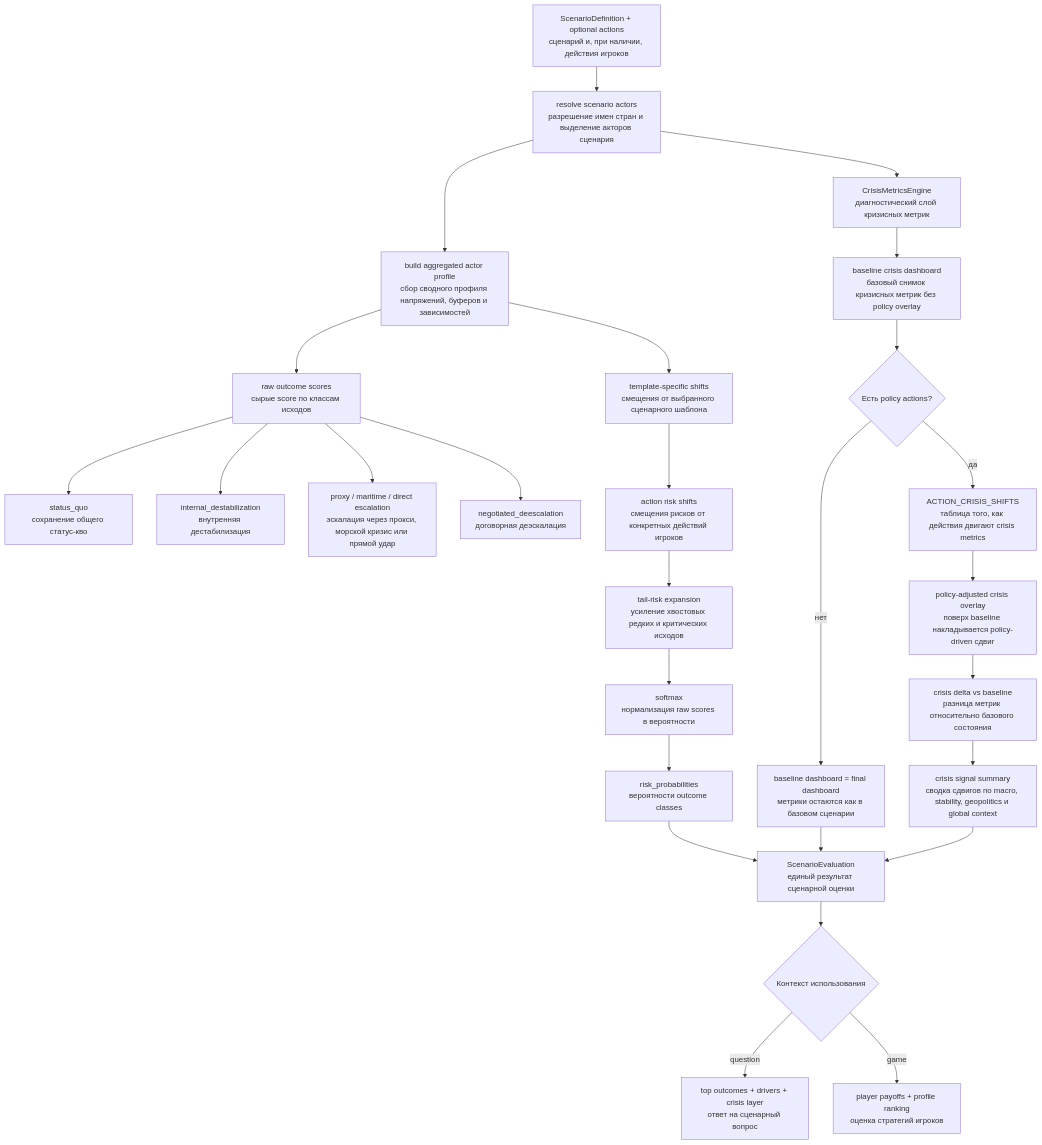
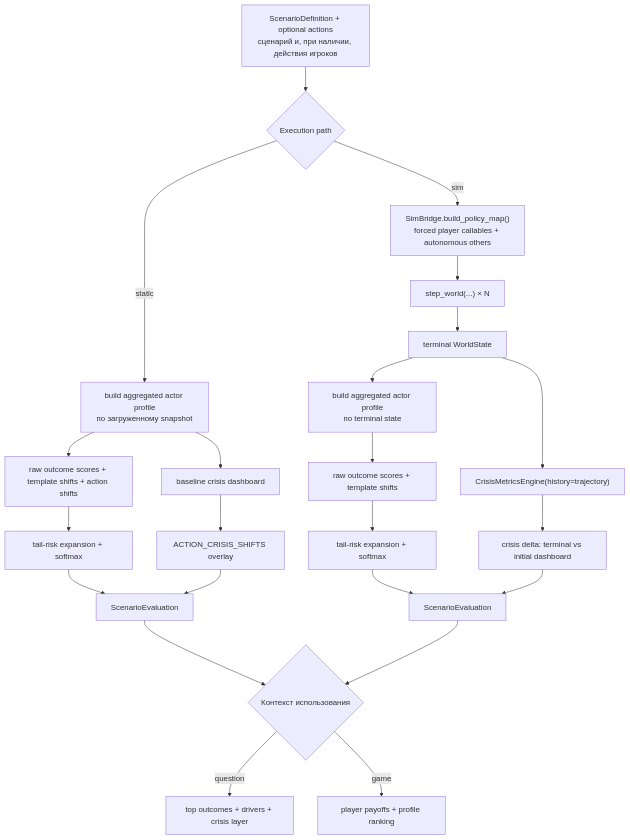
Before and after one commit to Theclimateguy/GIM: the third of 4 diagrams in GIM13_simulation_flow.md, drawn with Mermaid. The commit also changed other lines of this file and 16 other files, not shown here.

Commit message:
Integrate GIM13 sim bridge and sync docs

````diff
--- a/GIM13_simulation_flow.md
+++ b/GIM13_simulation_flow.md
@@ -87,35 +93,28 @@
 ```mermaid
 flowchart TD
-    A["ScenarioDefinition + optional actions<br/>сценарий и, при наличии, действия игроков"] --> B["resolve scenario actors<br/>разрешение имен стран и выделение акторов сценария"]
-    B --> C["build aggregated actor profile<br/>сбор сводного профиля напряжений, буферов и зависимостей"]
+    A["ScenarioDefinition + optional actions<br/>сценарий и, при наличии, действия игроков"] --> B{"Execution path"}
 
-    C --> D["raw outcome scores<br/>сырые score по классам исходов"]
-    D --> D1["status_quo<br/>сохранение общего статус-кво"]
-    D --> D2["internal_destabilization<br/>внутренняя дестабилизация"]
-    D --> D3["proxy / maritime / direct escalation<br/>эскалация через прокси, морской кризис или прямой удар"]
-    D --> D4["negotiated_deescalation<br/>договорная деэскалация"]
+    B -->|static| C["build aggregated actor profile<br/>по загруженному snapshot"]
+    C --> D["raw outcome scores + template shifts + action shifts"]
+    D --> E["tail-risk expansion + softmax"]
+    C --> F["baseline crisis dashboard"]
+    F --> G["ACTION_CRISIS_SHIFTS overlay"]
+    E --> H["ScenarioEvaluation"]
+    G --> H
 
-    C --> E["template-specific shifts<br/>смещения от выбранного сценарного шаблона"]
-    E --> F["action risk shifts<br/>смещения рисков от конкретных действий игроков"]
-    F --> G["tail-risk expansion<br/>усиление хвостовых редких и критических исходов"]
-    G --> H["softmax<br/>нормализация raw scores в вероятности"]
-    H --> I["risk_probabilities<br/>вероятности outcome classes"]
+    B -->|sim| I["SimBridge.build_policy_map()<br/>forced player callables + autonomous others"]
+    I --> J["step_world(...) × N"]
+    J --> K["terminal WorldState"]
+    K --> L["build aggregated actor profile<br/>по terminal state"]
+    L --> M["raw outcome scores + template shifts"]
+    M --> N["tail-risk expansion + softmax"]
+    K --> O["CrisisMetricsEngine(history=trajectory)"]
+    O --> P["crisis delta: terminal vs initial dashboard"]
+    N --> Q["ScenarioEvaluation"]
+    P --> Q
 
-    B --> J["CrisisMetricsEngine<br/>диагностический слой кризисных метрик"]
-    J --> K["baseline crisis dashboard<br/>базовый снимок кризисных метрик без policy overlay"]
-
-    K --> L{"Есть policy actions?"}
-    L -->|нет| M["baseline dashboard = final dashboard<br/>метрики остаются как в базовом сценарии"]
-    L -->|да| N["ACTION_CRISIS_SHIFTS<br/>таблица того, как действия двигают crisis metrics"]
-    N --> O["policy-adjusted crisis overlay<br/>поверх baseline накладывается policy-driven сдвиг"]
-    O --> P["crisis delta vs baseline<br/>разница метрик относительно базового состояния"]
-    P --> Q["crisis signal summary<br/>сводка сдвигов по macro, stability, geopolitics и global context"]
-
-    I --> R["ScenarioEvaluation<br/>единый результат сценарной оценки"]
-    M --> R
+    H --> R{"Контекст использования"}
     Q --> R
-
-    R --> S{"Контекст использования"}
-    S -->|question| T["top outcomes + drivers + crisis layer<br/>ответ на сценарный вопрос"]
-    S -->|game| U["player payoffs + profile ranking<br/>оценка стратегий игроков"]
+    R -->|question| S["top outcomes + drivers + crisis layer"]
+    R -->|game| T["player payoffs + profile ranking"]
 ```
````
